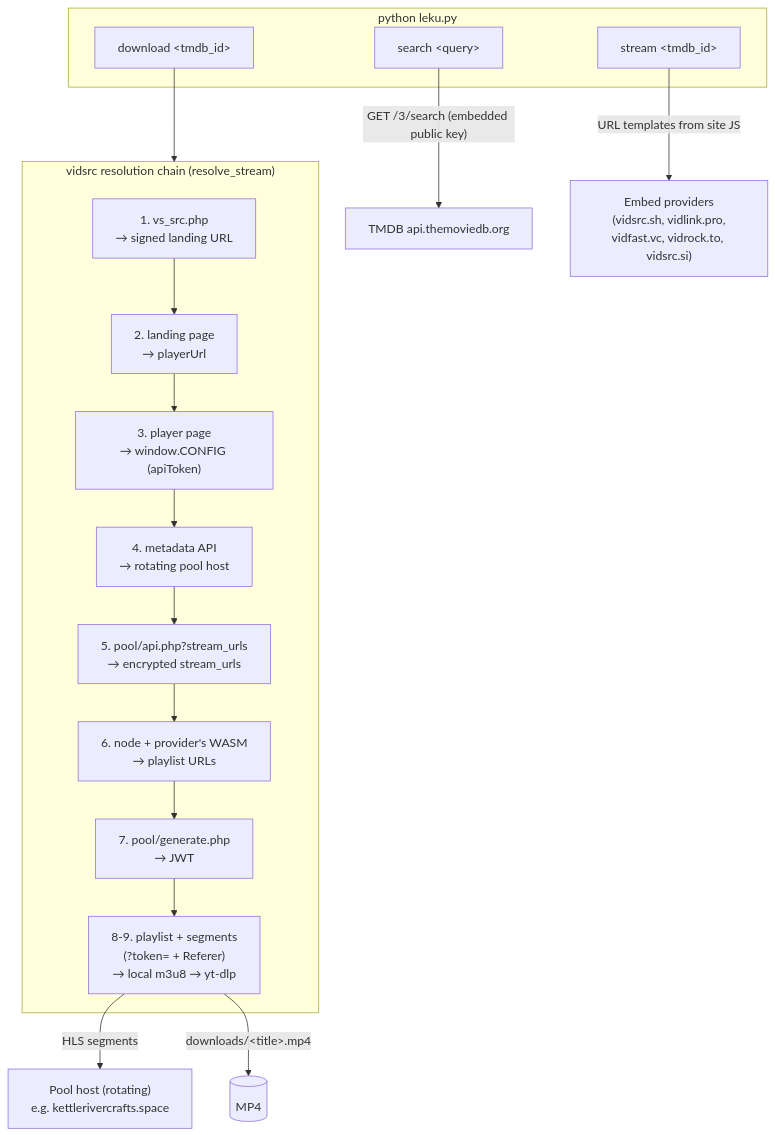
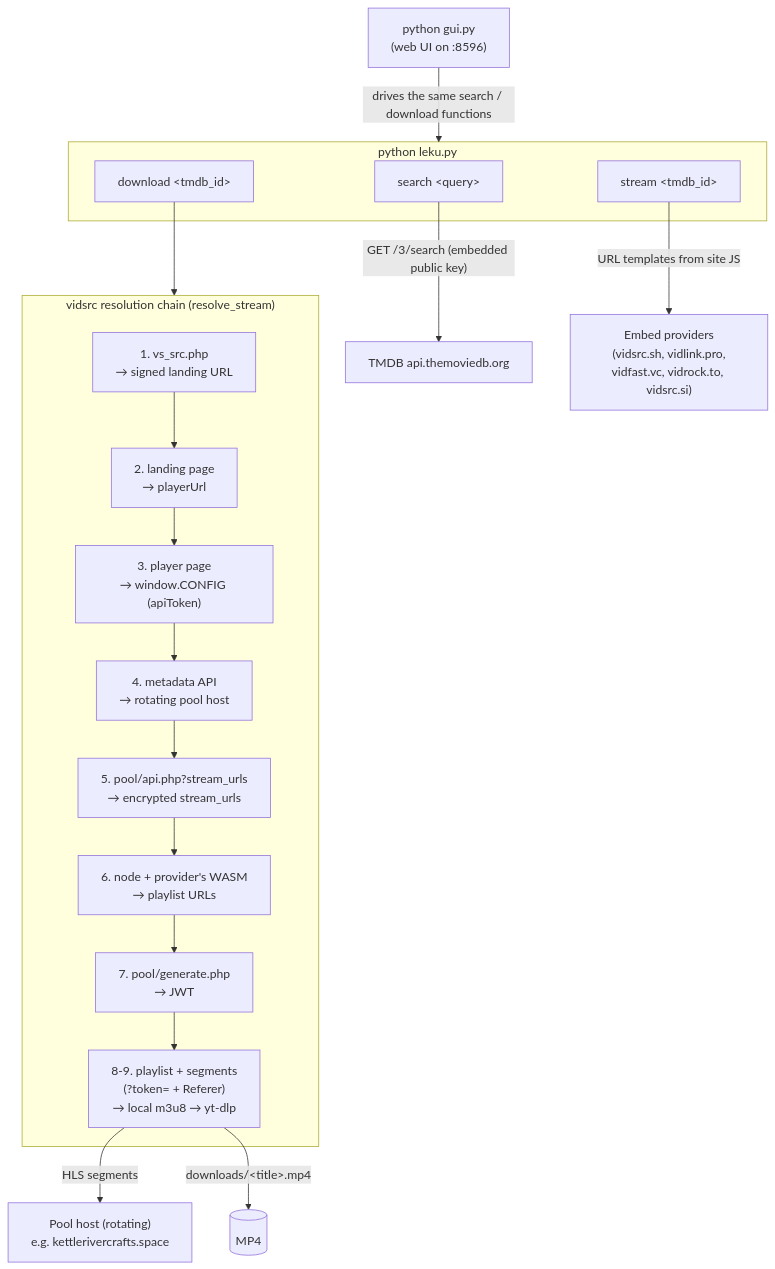
One commit to matthewmiglio/leku changed the diagram in README.md. Above: the diagram before and after it, drawn with Mermaid. The commit also changed other lines of this file and 1 other file, not shown here.

Commit message:
readme: add GUI screenshot and show gui.py in the architecture diagram

````diff
--- a/README.md
+++ b/README.md
@@ -15,27 +17,29 @@
 ```mermaid
 flowchart TD
+    GUI["python gui.py<br/>(web UI on :8596)"]
     subgraph CLI["python leku.py"]
         S["search &lt;query&gt;"]
         T["stream &lt;tmdb_id&gt;"]
         D["download &lt;tmdb_id&gt;"]
     end
+    GUI -->|"drives the same search / download functions"| CLI
 
     S -->|"GET /3/search (embedded public key)"| TMDB["TMDB api.themoviedb.org"]
     T -->|"URL templates from site JS"| EMB["Embed providers<br/>(vidsrc.sh, vidlink.pro,<br/>vidfast.vc, vidrock.to, vidsrc.si)"]
     D --> CHAIN
 
     subgraph CHAIN["vidsrc resolution chain (resolve_stream)"]
         A["1. vs_src.php<br/>→ signed landing URL"]
         B["2. landing page<br/>→ playerUrl"]
         C["3. player page<br/>→ window.CONFIG (apiToken)"]
         M["4. metadata API<br/>→ rotating pool host"]
         W["5. pool/api.php?stream_urls<br/>→ encrypted stream_urls"]
         X["6. node + provider's WASM<br/>→ playlist URLs"]
         G["7. pool/generate.php<br/>→ JWT"]
         P["8-9. playlist + segments<br/>(?token= + Referer)<br/>→ local m3u8 → yt-dlp"]
         A --> B --> C --> M --> W --> X --> G --> P
     end
 
     P -->|HLS segments| POOL["Pool host (rotating)<br/>e.g. kettlerivercrafts.space"]
     P -->|"downloads/&lt;title&gt;.mp4"| OUT[("MP4")]
 ```
````
